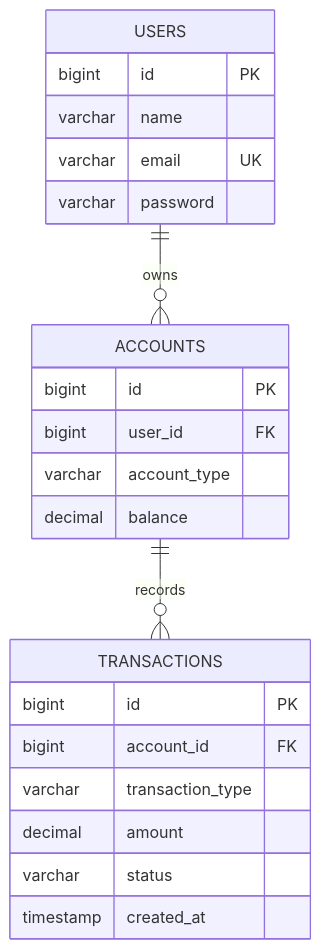
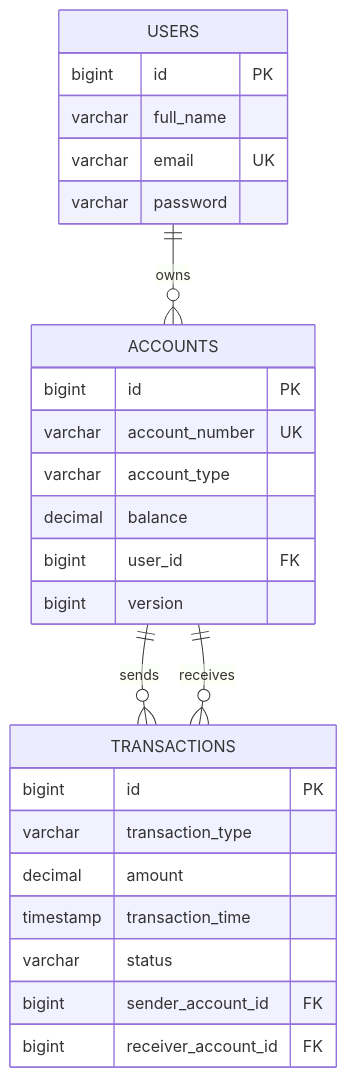
The third of 3 diagrams in README.md (zeeshanverse/banking-system-springboot), drawn with Mermaid before and after one commit. The commit also changed other lines of this file, not shown here.

````diff
--- a/README.md
+++ b/README.md
@@ -394,28 +66,30 @@
 ```mermaid
 erDiagram
     USERS ||--o{ ACCOUNTS : owns
-    ACCOUNTS ||--o{ TRANSACTIONS : records
+    ACCOUNTS ||--o{ TRANSACTIONS : sends
+    ACCOUNTS ||--o{ TRANSACTIONS : receives
 
     USERS {
         bigint id PK
-        varchar name
+        varchar full_name
         varchar email UK
         varchar password
     }
-
     ACCOUNTS {
         bigint id PK
-        bigint user_id FK
+        varchar account_number UK
         varchar account_type
         decimal balance
+        bigint user_id FK
+        bigint version
     }
-
     TRANSACTIONS {
         bigint id PK
-        bigint account_id FK
         varchar transaction_type
         decimal amount
+        timestamp transaction_time
         varchar status
-        timestamp created_at
+        bigint sender_account_id FK
+        bigint receiver_account_id FK
     }
 ```
````
